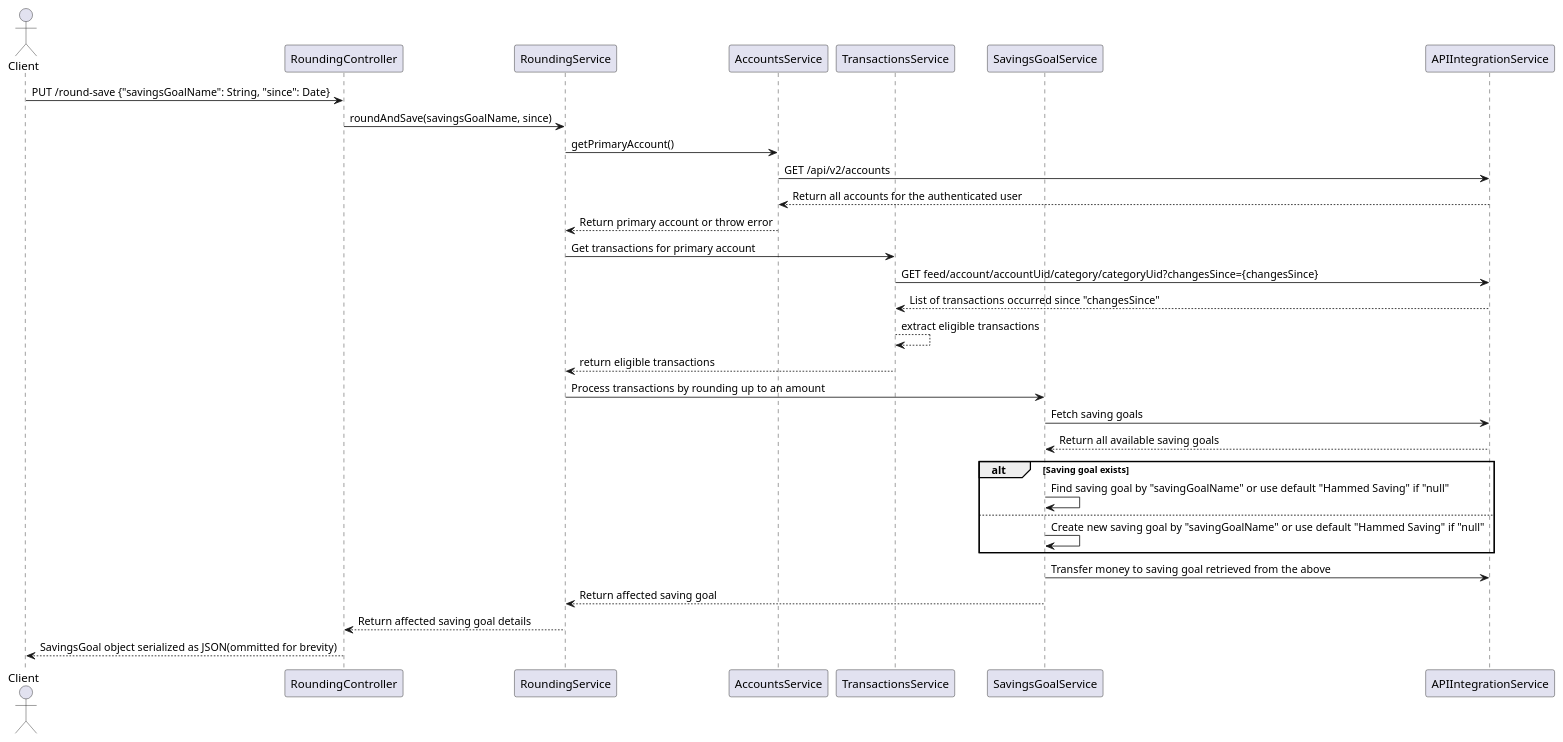
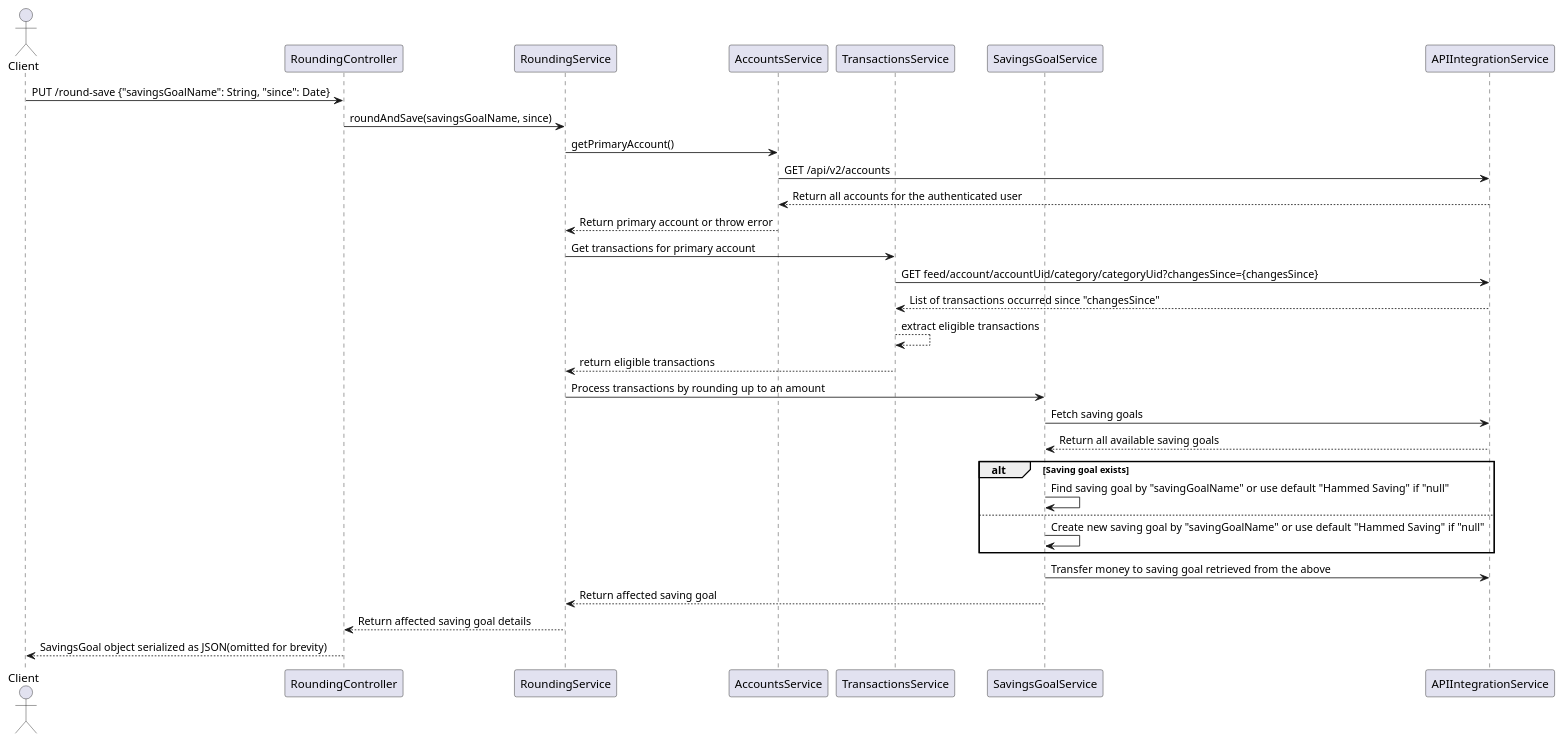
The diagram in flows/roundup_flows.puml (adigunhammedolalekan/challenge), drawn with PlantUML before and after one commit. The commit also changed 1 other file, not shown here.

```diff
--- a/flows/roundup_flows.puml
+++ b/flows/roundup_flows.puml
@@ -1,38 +1,38 @@
 @startuml
 actor Client
 participant RoundingController
 participant RoundingService
 participant AccountsService
 participant TransactionsService
 participant SavingsGoalService
 participant APIIntegrationService
 
 Client -> RoundingController: PUT /round-save {"savingsGoalName": String, "since": Date}
 RoundingController -> RoundingService: roundAndSave(savingsGoalName, since)
 RoundingService -> AccountsService: getPrimaryAccount()
 AccountsService -> APIIntegrationService: GET /api/v2/accounts
 APIIntegrationService --> AccountsService: Return all accounts for the authenticated user
 AccountsService --> RoundingService: Return primary account or throw error
 
 RoundingService -> TransactionsService: Get transactions for primary account
 TransactionsService -> APIIntegrationService: GET feed/account/accountUid/category/categoryUid?changesSince={changesSince}
 APIIntegrationService --> TransactionsService: List of transactions occurred since "changesSince"
 TransactionsService --> TransactionsService: extract eligible transactions
 TransactionsService --> RoundingService: return eligible transactions
 
 RoundingService -> SavingsGoalService: Process transactions by rounding up to an amount
 SavingsGoalService -> APIIntegrationService: Fetch saving goals
 APIIntegrationService --> SavingsGoalService: Return all available saving goals
 
 alt Saving goal exists
     SavingsGoalService -> SavingsGoalService: Find saving goal by "savingGoalName" or use default "Hammed Saving" if "null"
 else
     SavingsGoalService -> SavingsGoalService: Create new saving goal by "savingGoalName" or use default "Hammed Saving" if "null"
 end
 
 SavingsGoalService -> APIIntegrationService: Transfer money to saving goal retrieved from the above
 SavingsGoalService --> RoundingService: Return affected saving goal
 
 RoundingService --> RoundingController: Return affected saving goal details
-RoundingController --> Client: SavingsGoal object serialized as JSON(ommitted for brevity)
+RoundingController --> Client: SavingsGoal object serialized as JSON(omitted for brevity)
 @enduml
```
